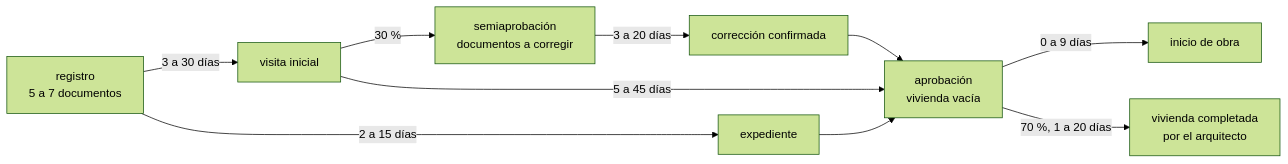
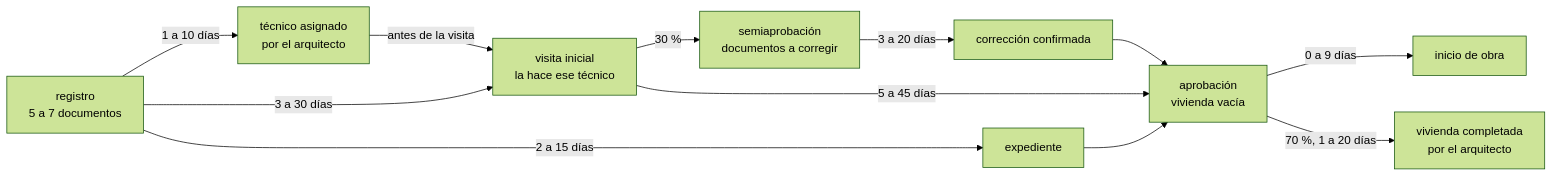
Before and after one commit to enzopazzelli/vivso-analitica: the fourth of 9 diagrams in docs/simulacion.md, drawn with Mermaid (forest theme). The commit also changed other lines of this file and 6 other files, not shown here.

````diff
--- a/docs/simulacion.md
+++ b/docs/simulacion.md
@@ -79,12 +80,14 @@
 ```mermaid
 flowchart LR
     R["registro<br/>5 a 7 documentos"] -->|"2 a 15 días"| X["expediente"]
-    R -->|"3 a 30 días"| V["visita inicial"]
+    R -->|"1 a 10 días"| TA["técnico asignado<br/>por el arquitecto"]
+    TA -->|"antes de la visita"| V["visita inicial<br/>la hace ese técnico"]
+    R -->|"3 a 30 días"| V
     V -->|"30 %"| S["semiaprobación<br/>documentos a corregir"]
     S -->|"3 a 20 días"| C["corrección confirmada"]
     C --> A
     V -->|"5 a 45 días"| A["aprobación<br/>vivienda vacía"]
     X --> A
     A -->|"0 a 9 días"| I["inicio de obra"]
     A -->|"70 %, 1 a 20 días"| VC["vivienda completada<br/>por el arquitecto"]
 ```
````
